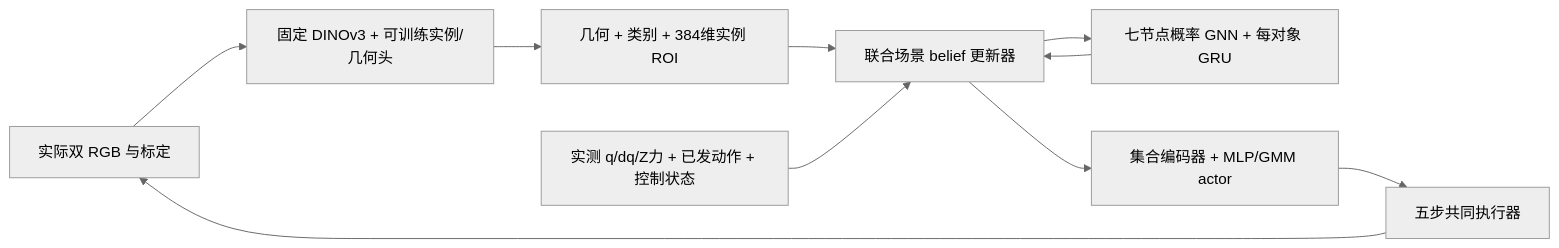
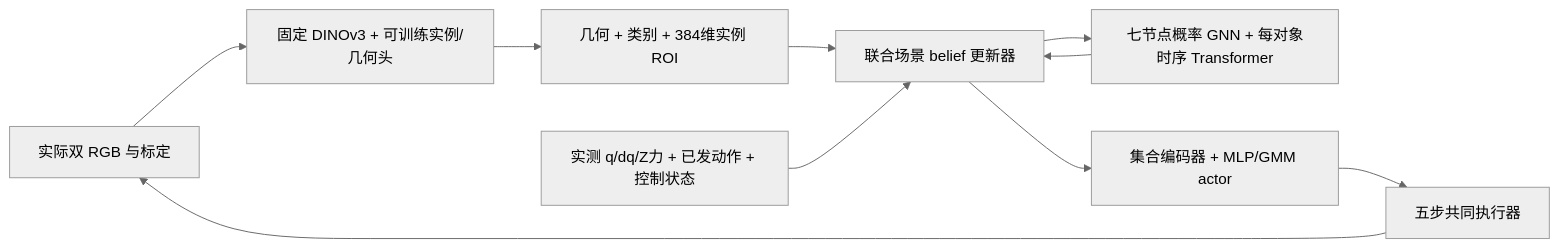
One commit to luke711-xyy/act-ur10-sweep-sim changed the diagram in docs/research/ubuntu-wam-handoff.md. Above: the diagram before and after it, drawn with Mermaid (neutral theme). The commit also changed other lines of this file and 4 other files, not shown here.

````diff
--- a/docs/research/ubuntu-wam-handoff.md
+++ b/docs/research/ubuntu-wam-handoff.md
@@ -21,12 +23,12 @@
 ```mermaid
 flowchart LR
     RGB[实际双 RGB 与标定] --> FRONT[固定 DINOv3 + 可训练实例/几何头]
     FRONT --> Y[几何 + 类别 + 384维实例 ROI]
     Y --> B[联合场景 belief 更新器]
     R[实测 q/dq/Z力 + 已发动作 + 控制状态] --> B
-    G[七节点概率 GNN + 每对象 GRU] --> B
+    G[七节点概率 GNN + 每对象时序 Transformer] --> B
     B --> ACTOR[集合编码器 + MLP/GMM actor]
     ACTOR --> EXEC[五步共同执行器]
     EXEC --> RGB
     B --> G
 ```
````
